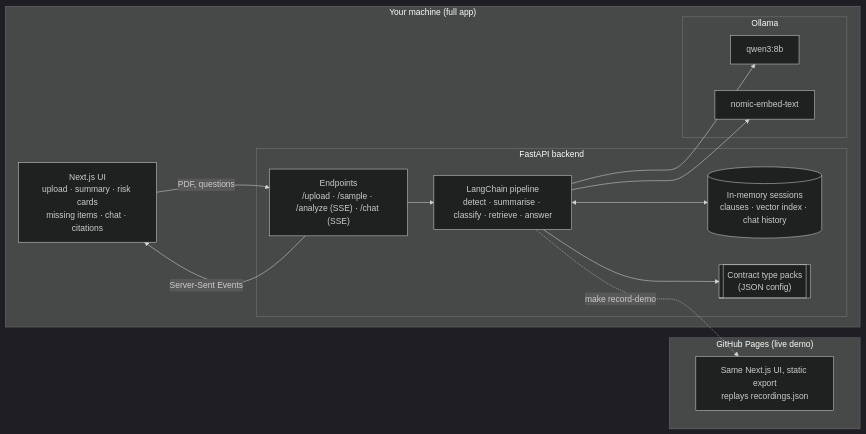
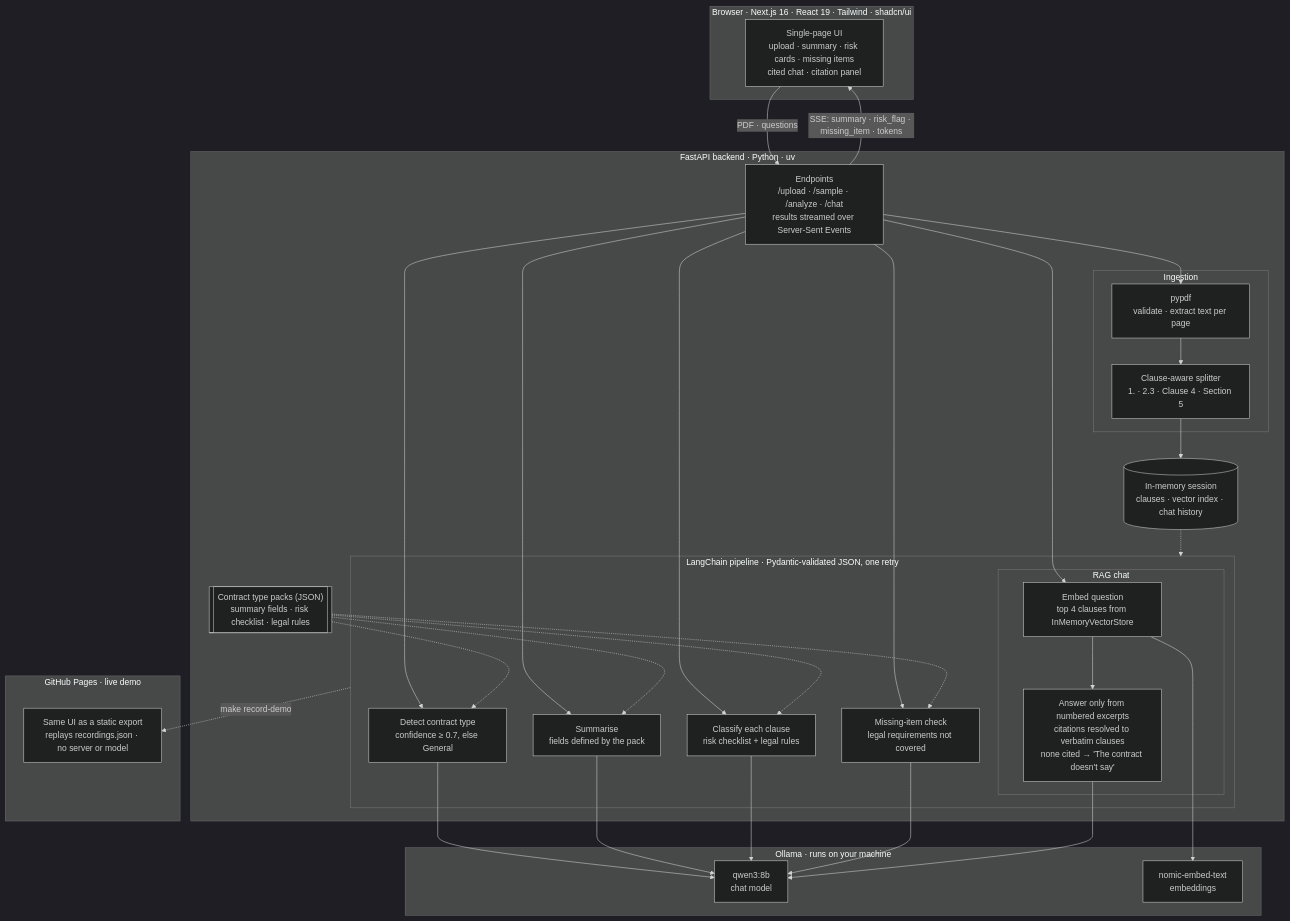
The diagram in README.md (ChristineWanjau/lease-contract-explainer), drawn with Mermaid (dark theme) before and after one commit. The commit also changed other lines of this file and 1 other file, not shown here.

Commit message:
docs: add demo recording; one architecture diagram covering the whole stack
- docs/demo.gif (3.1 MB, 960px, 10 fps) converted from the screen recording
- replace the three diagrams with one system diagram: browser, FastAPI,
  ingestion, the LangChain pipeline (detection, summary, clause
  classification, missing items, RAG chat), packs, session, Ollama models,
  and the GitHub Pages demo

````diff
--- a/README.md
+++ b/README.md
@@ -37,29 +35,49 @@
 ```mermaid
-flowchart LR
-    subgraph Local["Your machine (full app)"]
-        UI["Next.js UI<br/>upload · summary · risk cards<br/>missing items · chat · citations"]
-        subgraph API["FastAPI backend"]
-            ROUTES["Endpoints<br/>/upload · /sample · /analyze (SSE) · /chat (SSE)"]
-            PIPE["LangChain pipeline<br/>detect · summarise · classify · retrieve · answer"]
-            SESS[("In-memory sessions<br/>clauses · vector index · chat history")]
-            PACKS[["Contract type packs<br/>(JSON config)"]]
-        end
-        subgraph Ollama["Ollama"]
-            LLM["qwen3:8b"]
-            EMB["nomic-embed-text"]
-        end
+flowchart TB
+    subgraph Browser["Browser · Next.js 16 · React 19 · Tailwind · shadcn/ui"]
+        UI["Single-page UI<br/>upload · summary · risk cards · missing items<br/>cited chat · citation panel"]
     end
 
-    subgraph Pages["GitHub Pages (live demo)"]
-        DEMO["Same Next.js UI, static export<br/>replays recordings.json"]
+    subgraph Backend["FastAPI backend · Python · uv"]
+        API["Endpoints<br/>/upload · /sample · /analyze · /chat<br/>results streamed over Server-Sent Events"]
+
+        subgraph Ingest["Ingestion"]
+            PDF["pypdf<br/>validate · extract text per page"]
+            SPLIT["Clause-aware splitter<br/>1. · 2.3 · Clause 4 · Section 5"]
+        end
+
+        subgraph Pipeline["LangChain pipeline · Pydantic-validated JSON, one retry"]
+            DETECT["Detect contract type<br/>confidence ≥ 0.7, else General"]
+            SUMMARY["Summarise<br/>fields defined by the pack"]
+            CLASSIFY["Classify each clause<br/>risk checklist + legal rules"]
+            MISSING["Missing-item check<br/>legal requirements not covered"]
+            subgraph RAG["RAG chat"]
+                RETRIEVE["Embed question<br/>top 4 clauses from InMemoryVectorStore"]
+                ANSWER["Answer only from numbered excerpts<br/>citations resolved to verbatim clauses<br/>none cited → 'The contract doesn't say'"]
+            end
+        end
+
+        PACKS[["Contract type packs (JSON)<br/>summary fields · risk checklist · legal rules"]]
+        SESS[("In-memory session<br/>clauses · vector index · chat history")]
     end
 
-    UI -- "PDF, questions" --> ROUTES
-    ROUTES -- "Server-Sent Events" --> UI
-    ROUTES --> PIPE
-    PIPE <--> SESS
-    PIPE --> PACKS
-    PIPE --> LLM
-    PIPE --> EMB
-    PIPE -. "make record-demo" .-> DEMO
+    subgraph Ollama["Ollama · runs on your machine"]
+        LLM["qwen3:8b<br/>chat model"]
+        EMB["nomic-embed-text<br/>embeddings"]
+    end
+
+    subgraph Pages["GitHub Pages · live demo"]
+        DEMO["Same UI as a static export<br/>replays recordings.json · no server or model"]
+    end
+
+    UI -- "PDF · questions" --> API
+    API -- "SSE: summary · risk_flag · missing_item · tokens" --> UI
+    API --> PDF --> SPLIT --> SESS
+    API --> DETECT & SUMMARY & CLASSIFY & MISSING & RETRIEVE
+    RETRIEVE --> ANSWER
+    PACKS -.-> DETECT & SUMMARY & CLASSIFY & MISSING
+    SESS -.-> Pipeline
+    DETECT & SUMMARY & CLASSIFY & MISSING & ANSWER --> LLM
+    RETRIEVE --> EMB
+    Pipeline -. "make record-demo" .-> DEMO
 ```
````
